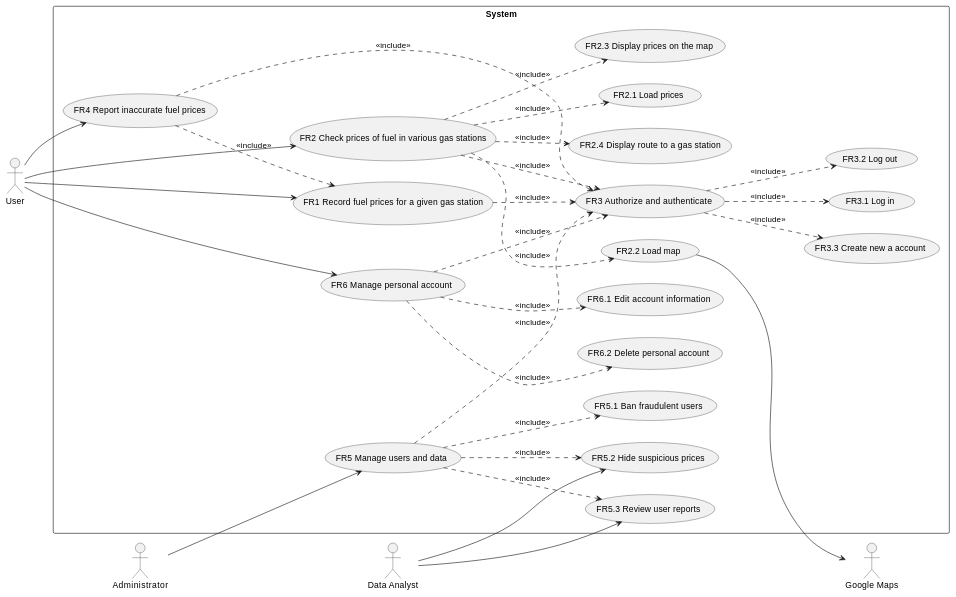
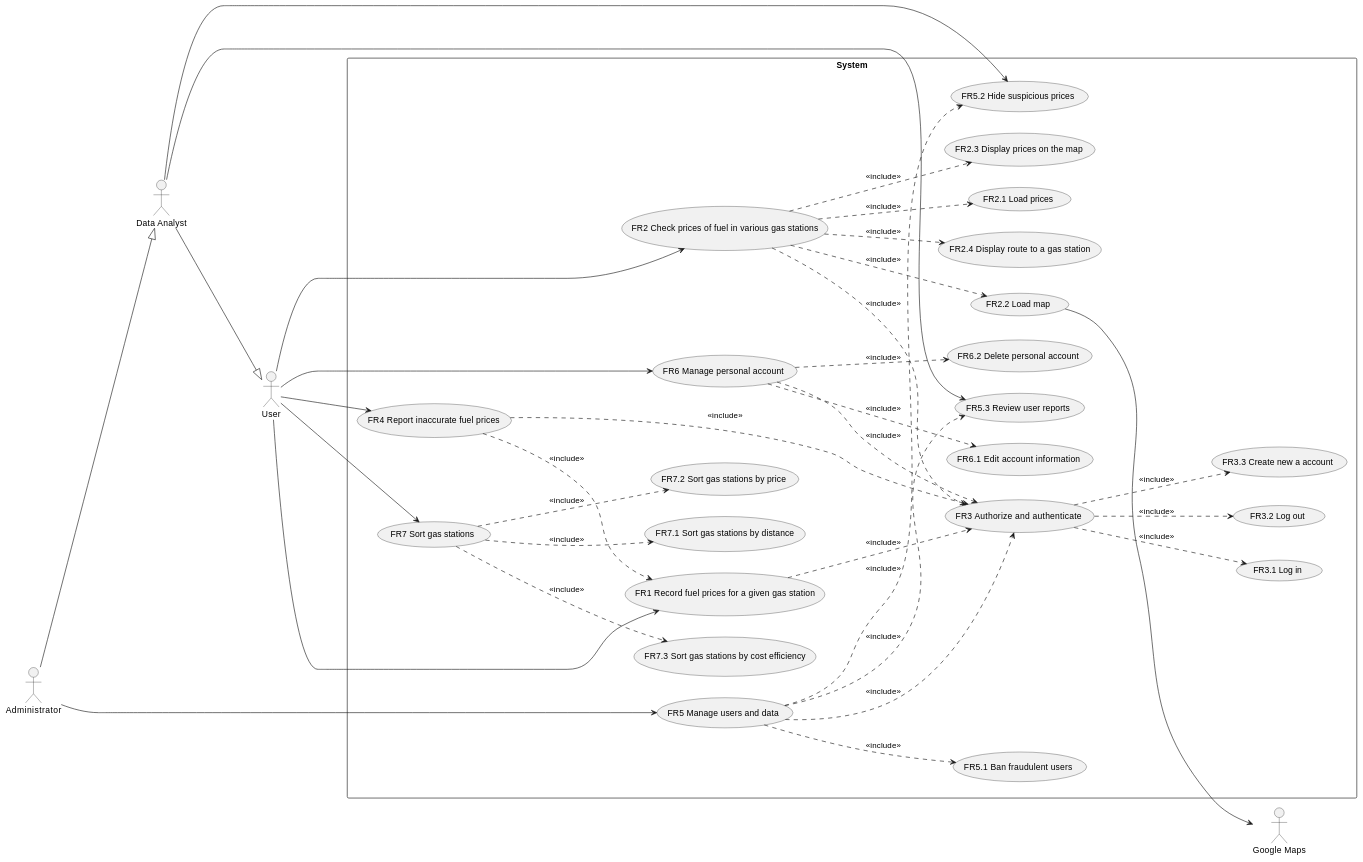
The second of 4 diagrams in docs/RequirementsDocument.md (mosTavassoli/ezgas), drawn with PlantUML before and after one commit. The commit also changed other lines of this file, not shown here.

Commit message:
docs(RequirementsDocument): improve requirements document following professor's feedback

````diff
--- a/docs/RequirementsDocument.md
+++ b/docs/RequirementsDocument.md
@@ -130,37 +138,42 @@
 ```plantuml
 left to right direction
 actor User as u
+actor "Data Analyst" as da
 actor Administrator as admin
 actor "Google Maps" as gm
-actor "Data Analyst" as da
 rectangle System{
-u --> (FR1 Record fuel prices for a given gas station)
-u --> (FR2 Check prices of fuel in various gas stations)
-u --> (FR4 Report inaccurate fuel prices)
-u --> (FR6 Manage personal account)
-admin --> (FR5 Manage users and data)
-da --> (FR5.2 Hide suspicious prices)
-da --> (FR5.3 Review user reports)
-(FR2.2 Load map) --> gm
+u ---> (FR1 Record fuel prices for a given gas station)
+u ---> (FR2 Check prices of fuel in various gas stations)
+u ---> (FR4 Report inaccurate fuel prices)
+u ---> (FR6 Manage personal account)
+u ---> (FR7 Sort gas stations)
+admin ---> (FR5 Manage users and data)
+admin ---|> da
+da ---> (FR5.2 Hide suspicious prices)
+da ---> (FR5.3 Review user reports)
+da ---|> u
+(FR2.2 Load map) ---> gm
 
-(FR1 Record fuel prices for a given gas station) ..> (FR3 Authorize and authenticate):<<include>>
-(FR2 Check prices of fuel in various gas stations) ..> (FR2.1 Load prices):<<include>>
-(FR2 Check prices of fuel in various gas stations) ..> (FR2.2 Load map):<<include>>
-(FR2 Check prices of fuel in various gas stations) ..> (FR2.3 Display prices on the map):<<include>>
-(FR2 Check prices of fuel in various gas stations) ..> (FR2.4 Display route to a gas station):<<include>>
-(FR2 Check prices of fuel in various gas stations) ..> (FR3 Authorize and authenticate):<<include>>
+(FR1 Record fuel prices for a given gas station) ...> (FR3 Authorize and authenticate):<<include>>
+(FR2 Check prices of fuel in various gas stations) ...> (FR2.1 Load prices):<<include>>
+(FR2 Check prices of fuel in various gas stations) ...> (FR2.2 Load map):<<include>>
+(FR2 Check prices of fuel in various gas stations) ...> (FR2.3 Display prices on the map):<<include>>
+(FR2 Check prices of fuel in various gas stations) ...> (FR2.4 Display route to a gas station):<<include>>
+(FR2 Check prices of fuel in various gas stations) ...> (FR3 Authorize and authenticate):<<include>>
 
-(FR3 Authorize and authenticate) ..> (FR3.1 Log in):<<include>>
-(FR3 Authorize and authenticate) ..> (FR3.2 Log out):<<include>>
-(FR3 Authorize and authenticate) ..> (FR3.3 Create new a account):<<include>>
-(FR4 Report inaccurate fuel prices) ..> (FR1 Record fuel prices for a given gas station):<<include>>
-(FR4 Report inaccurate fuel prices) ..> (FR3 Authorize and authenticate):<<include>>
-(FR5 Manage users and data) ..> (FR3 Authorize and authenticate):<<include>>
-(FR5 Manage users and data) ..> (FR5.1 Ban fraudulent users):<<include>>
-(FR5 Manage users and data) ..> (FR5.2 Hide suspicious prices):<<include>>
-(FR5 Manage users and data) ..> (FR5.3 Review user reports):<<include>>
-(FR6 Manage personal account) ..> (FR3 Authorize and authenticate):<<include>>
-(FR6 Manage personal account) ..> (FR6.1 Edit account information):<<include>>
-(FR6 Manage personal account) ..> (FR6.2 Delete personal account):<<include>>
-
+(FR3 Authorize and authenticate) ...> (FR3.1 Log in):<<include>>
+(FR3 Authorize and authenticate) ...> (FR3.2 Log out):<<include>>
+(FR3 Authorize and authenticate) ...> (FR3.3 Create new a account):<<include>>
+(FR4 Report inaccurate fuel prices) ...> (FR1 Record fuel prices for a given gas station):<<include>>
+(FR4 Report inaccurate fuel prices) ...> (FR3 Authorize and authenticate):<<include>>
+(FR5 Manage users and data) ...> (FR3 Authorize and authenticate):<<include>>
+(FR5 Manage users and data) ...> (FR5.1 Ban fraudulent users):<<include>>
+(FR5 Manage users and data) ...> (FR5.2 Hide suspicious prices):<<include>>
+(FR5 Manage users and data) ...> (FR5.3 Review user reports):<<include>>
+(FR6 Manage personal account) ...> (FR3 Authorize and authenticate):<<include>>
+(FR6 Manage personal account) ...> (FR6.1 Edit account information):<<include>>
+(FR6 Manage personal account) ...> (FR6.2 Delete personal account):<<include>>
+(FR7 Sort gas stations) ...> (FR7.1 Sort gas stations by distance):<<include>>
+(FR7 Sort gas stations) ...> (FR7.2 Sort gas stations by price):<<include>>
+(FR7 Sort gas stations) ...> (FR7.3 Sort gas stations by cost efficiency):<<include>>
 ```
````
